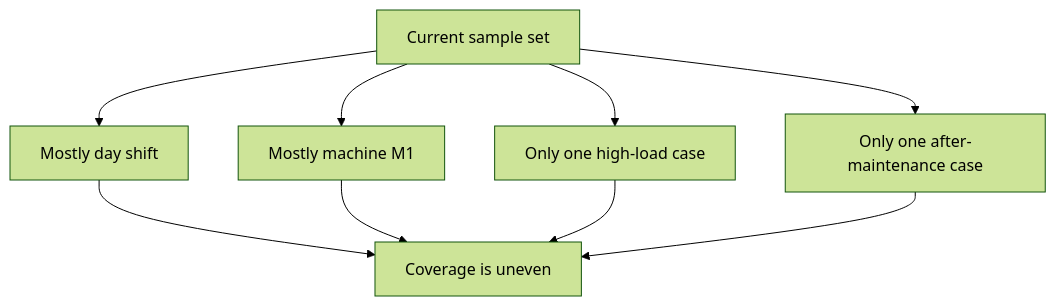
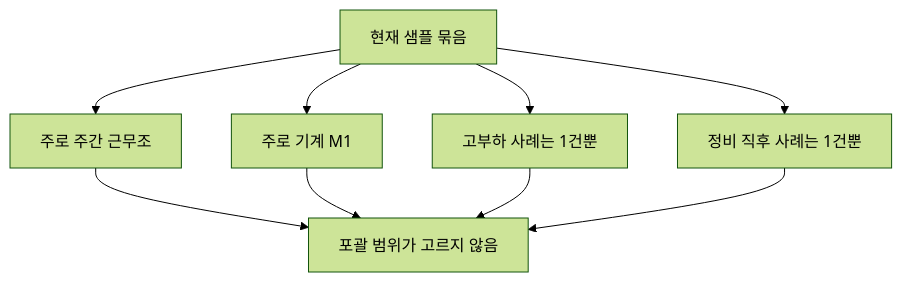
The diagram in docs/parts/part-03/chapter-04/section-05.md (devchan64/AiBook), drawn with Mermaid (forest theme) before and after one commit. The commit also changed 45 other files, not shown here.

Commit message:
docs: localize part 3 mermaid diagrams

````diff
--- a/docs/parts/part-03/chapter-04/section-05.md
+++ b/docs/parts/part-03/chapter-04/section-05.md
@@ -48,13 +48,13 @@
 ```mermaid
 flowchart TD
-    A[Current sample set]
-    A --> B[Mostly day shift]
-    A --> C[Mostly machine M1]
-    A --> D[Only one high-load case]
-    A --> E[Only one after-maintenance case]
+    A[현재 샘플 묶음]
+    A --> B[주로 주간 근무조]
+    A --> C[주로 기계 M1]
+    A --> D[고부하 사례는 1건뿐]
+    A --> E[정비 직후 사례는 1건뿐]
 
-    B --> F[Coverage is uneven]
+    B --> F[포괄 범위가 고르지 않음]
     C --> F
     D --> F
     E --> F
 ```
````
